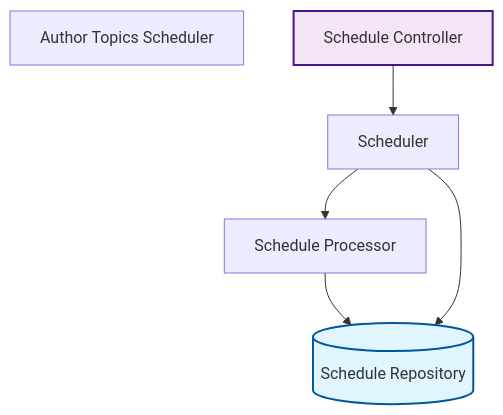
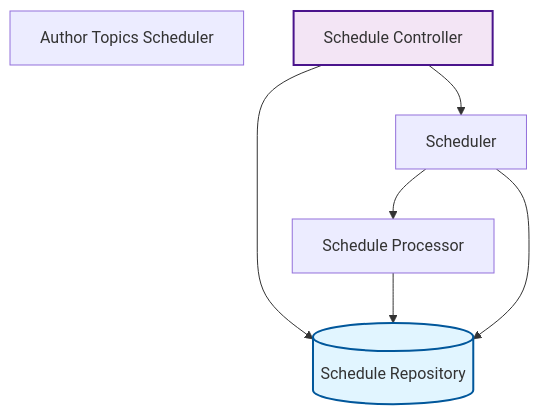
One commit to rpnunez/wp-ai-scheduler changed the third of 10 diagrams in docs/feature-report.md. Above: the diagram before and after it, drawn with Mermaid. The commit also changed other lines of this file and 3 other files, not shown here.

````diff
--- a/docs/feature-report.md
+++ b/docs/feature-report.md
@@ -138,21 +138,22 @@
 ```mermaid
 flowchart TD
     %% Scheduling & Automation Architecture
 
     Author_Topics_Scheduler["Author Topics Scheduler"]
     Schedule_Controller["Schedule Controller"]
     Schedule_Processor["Schedule Processor"]
     Schedule_Repository[("Schedule Repository")]
     Scheduler["Scheduler"]
 
     Schedule_Controller --> Scheduler
+    Schedule_Controller --> Schedule_Repository
     Schedule_Processor --> Schedule_Repository
+    Scheduler --> Schedule_Processor
     Scheduler --> Schedule_Repository
-    Scheduler --> Schedule_Processor
 
     classDef repository fill:#e1f5ff,stroke:#01579b,stroke-width:2px
     classDef service fill:#fff3e0,stroke:#e65100,stroke-width:2px
     classDef controller fill:#f3e5f5,stroke:#4a148c,stroke-width:2px
     class Schedule_Repository repository
     class Schedule_Controller controller
 ```
````
